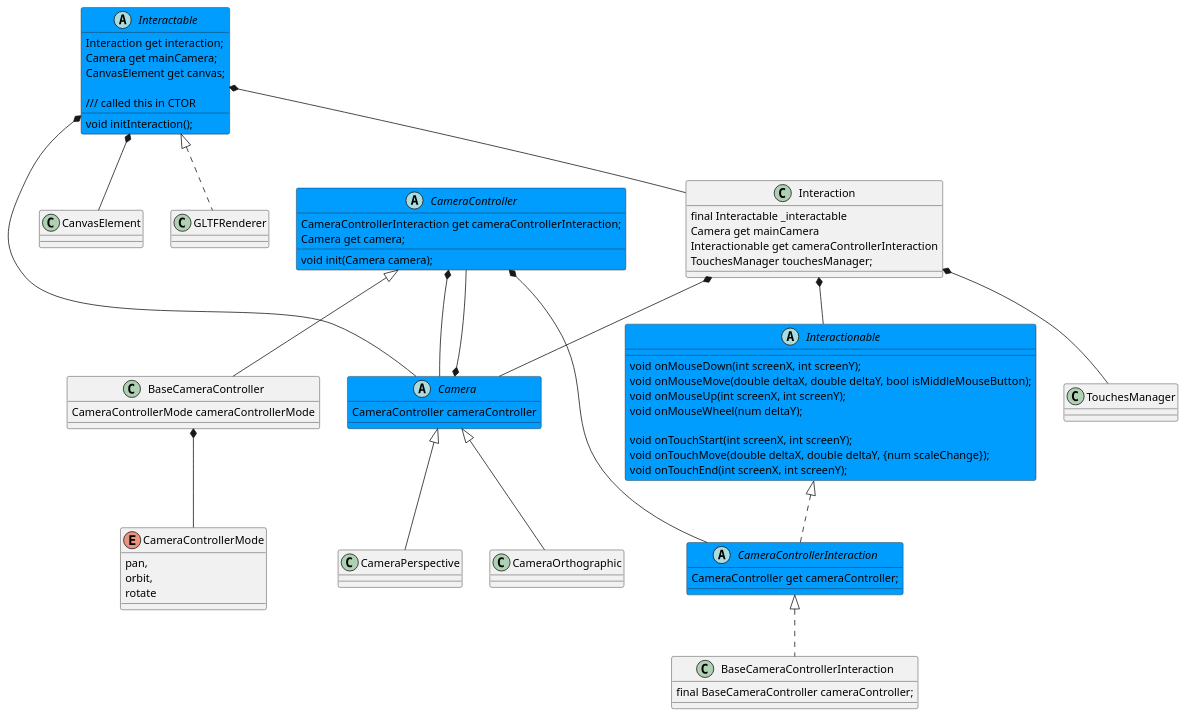
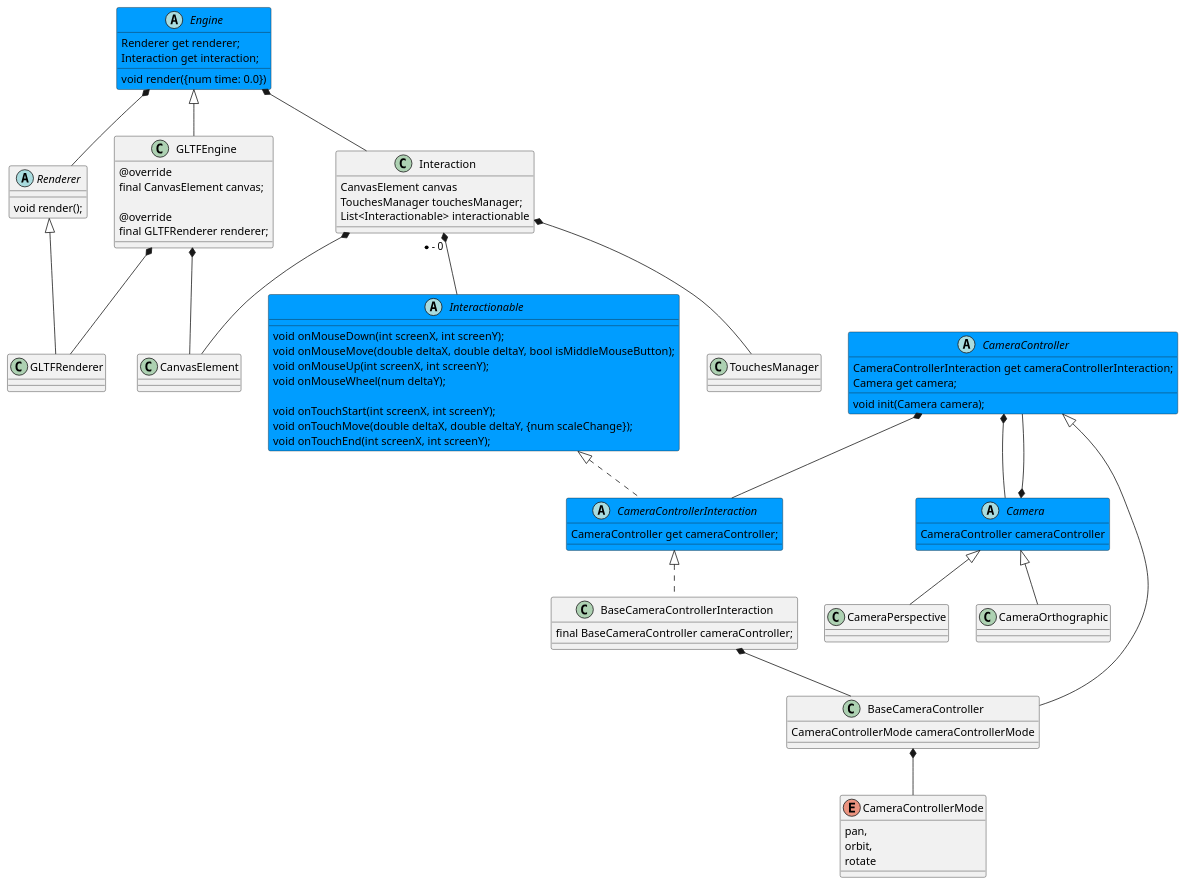
The diagram in webgl/doc/camera.puml (jox81/experiment_dart), drawn with PlantUML before and after one commit. The commit also changed 6 other files, not shown here.

First line of the commit message:
extract : - Engine - Render - Interactable

```diff
--- a/webgl/doc/camera.puml
+++ b/webgl/doc/camera.puml
@@ -1,76 +1,120 @@
 @startuml
 
-enum CameraControllerMode{
-  pan,
-  orbit,
-  rotate
+'----------------------------------------------------------------------------
+
+abstract class Engine  #009dff {
+  Renderer get renderer;
+  Interaction get interaction;
+
+  void render({num time: 0.0})
 }
+
+abstract class Renderer{
+  void render();
+}
+
+Engine *-- Renderer
+Engine *-- Interaction
+
+
+
+
+
+
+'----------------------------------------------------------------------------
+
+class GLTFEngine extends Engine{
+    @override
+    final CanvasElement canvas;
+
+    @override
+    final GLTFRenderer renderer;
+}
+
+GLTFEngine *-- GLTFRenderer
+GLTFEngine *-- CanvasElement
+
+class GLTFRenderer extends Renderer
+
+
+
+
+
+
+'----------------------------------------------------------------------------
+
+abstract class Interactionable #009dff{
+  void onMouseDown(int screenX, int screenY);
+  void onMouseMove(double deltaX, double deltaY, bool isMiddleMouseButton);
+  void onMouseUp(int screenX, int screenY);
+  void onMouseWheel(num deltaY);
+
+  void onTouchStart(int screenX, int screenY);
+  void onTouchMove(double deltaX, double deltaY, {num scaleChange});
+  void onTouchEnd(int screenX, int screenY);
+}
+
+class Interaction {
+    CanvasElement canvas
+    TouchesManager touchesManager;
+    List<Interactionable> interactionable
+}
+Interaction *-- TouchesManager
+Interaction *-- CanvasElement
+Interaction "* - 0" *--  Interactionable
+
+class TouchesManager
+
+
+
+'----------------------------------------------------------------------------
 
 abstract class Camera #009dff{
     CameraController cameraController
 }
 Camera *-- CameraController
 
 class CameraPerspective extends Camera
 class CameraOrthographic extends Camera
 
 abstract class CameraController #009dff{
   CameraControllerInteraction get cameraControllerInteraction;
   Camera get camera;
   void init(Camera camera);
 }
 CameraController *-- CameraControllerInteraction
 CameraController *-- Camera
 
 abstract class CameraControllerInteraction #009dff implements Interactionable {
   CameraController get cameraController;
 }
 
 class BaseCameraController extends CameraController{
     CameraControllerMode cameraControllerMode
 }
 
 BaseCameraController *-- CameraControllerMode
 
 class BaseCameraControllerInteraction implements CameraControllerInteraction{
-
   final BaseCameraController cameraController;
 }
+BaseCameraControllerInteraction *-- BaseCameraController
 
-abstract class Interactionable #009dff{
-  void onMouseDown(int screenX, int screenY);
-  void onMouseMove(double deltaX, double deltaY, bool isMiddleMouseButton);
-  void onMouseUp(int screenX, int screenY);
-  void onMouseWheel(num deltaY);
-
-  void onTouchStart(int screenX, int screenY);
-  void onTouchMove(double deltaX, double deltaY, {num scaleChange});
-  void onTouchEnd(int screenX, int screenY);
+enum CameraControllerMode{
+  pan,
+  orbit,
+  rotate
 }
 
-abstract class Interactable #009dff{
-  Interaction get interaction;
-  Camera get mainCamera;
-  CanvasElement get canvas;
+'----------------------------------------------------------------------------
 
-  /// called this in CTOR
-  void initInteraction();
-}
-Interactable *-- Interaction
-Interactable *-- Camera
-Interactable *-- CanvasElement
 
-class GLTFRenderer implements Interactable
 
-class Interaction {
-    final Interactable _interactable
-    Camera get mainCamera
-    Interactionable get cameraControllerInteraction
-    TouchesManager touchesManager;
-}
-Interaction *-- Camera
-Interaction *-- Interactionable
-Interaction *-- TouchesManager
 
-class TouchesManager
+
+
+
+
+
+
 @enduml
```
